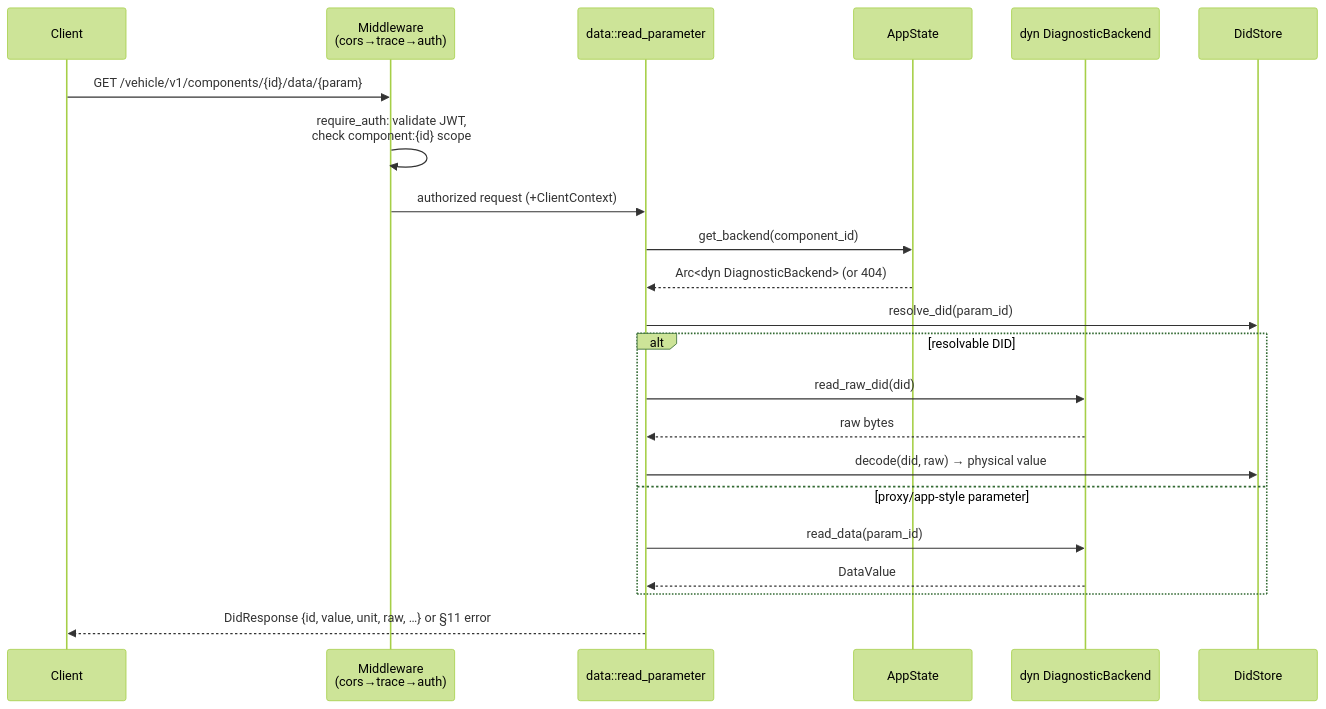
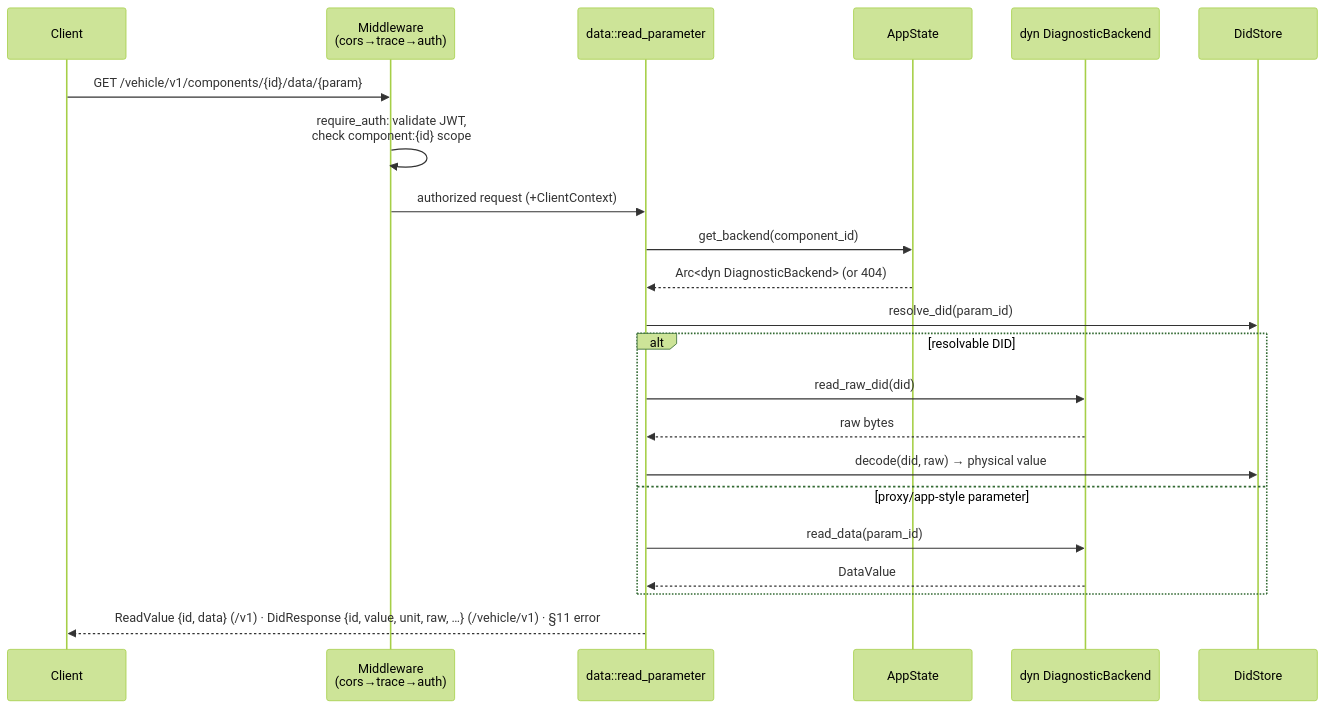
The fourth of 8 diagrams in ARCHITECTURE.md (sdv-playground/SOVDd), drawn with Mermaid (forest theme) before and after one commit. The commit also changed other lines of this file and 4 other files, not shown here.

First line of the commit message:
sovd-api: include-schema on the /v1 data read; pin the legacy body

````diff
--- a/ARCHITECTURE.md
+++ b/ARCHITECTURE.md
@@ -334,25 +334,25 @@
 ```mermaid
 sequenceDiagram
     participant C as Client
     participant MW as Middleware<br/>(cors→trace→auth)
     participant H as data::read_parameter
     participant S as AppState
     participant B as dyn DiagnosticBackend
     participant D as DidStore
 
     C->>MW: GET /vehicle/v1/components/{id}/data/{param}
     MW->>MW: require_auth: validate JWT,<br/>check component:{id} scope
     MW->>H: authorized request (+ClientContext)
     H->>S: get_backend(component_id)
     S-->>H: Arc<dyn DiagnosticBackend> (or 404)
     H->>D: resolve_did(param_id)
     alt resolvable DID
         H->>B: read_raw_did(did)
         B-->>H: raw bytes
         H->>D: decode(did, raw) → physical value
     else proxy/app-style parameter
         H->>B: read_data(param_id)
         B-->>H: DataValue
     end
-    H-->>C: DidResponse {id, value, unit, raw, …} or §11 error
+    H-->>C: ReadValue {id, data} (/v1) · DidResponse {id, value, unit, raw, …} (/vehicle/v1) · §11 error
 ```
````
